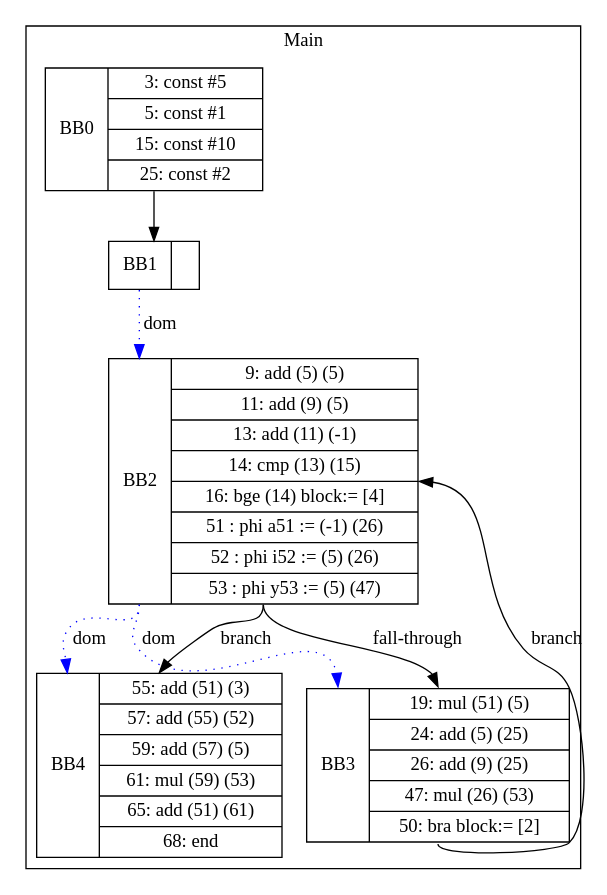
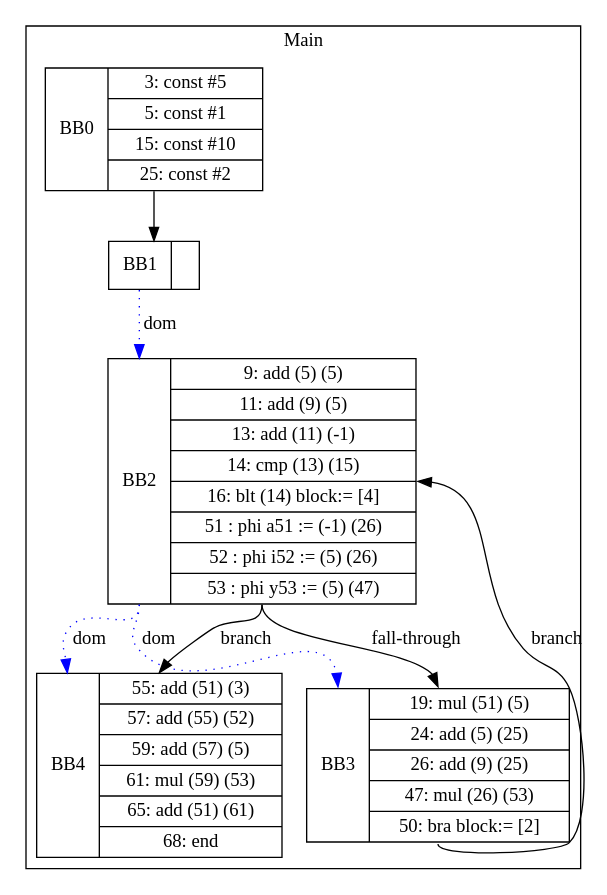
One commit to zjc664656505/UCI-CS241-Advanced-Compiler-main changed the diagram in visualization/Ricky/whileTests/chainedCSEWhileUninitRelations.gv. Above: the diagram before and after it, drawn with Graphviz. The commit also changed 46 other files, not shown here.

```diff
--- a/visualization/Ricky/whileTests/chainedCSEWhileUninitRelations.gv
+++ b/visualization/Ricky/whileTests/chainedCSEWhileUninitRelations.gv
@@ -1,18 +1,18 @@
 digraph G {
 node [shape=record];
 subgraph cluster_main{
 label = "Main";
 BB0 [shape=record, label="<b>BB0|{3: const #5|5: const #1|15: const #10|25: const #2}"];
 BB1 [shape=record, label="<b>BB1|}"];
-BB2 [shape=record, label="<b>BB2|{9: add (5) (5)|11: add (9) (5)|13: add (11) (-1)|14: cmp (13) (15)|16: bge (14) block:= [4]|51 : phi a51 := (-1) (26)|52 : phi i52 := (5) (26)|53 : phi y53 := (5) (47)}"];
+BB2 [shape=record, label="<b>BB2|{9: add (5) (5)|11: add (9) (5)|13: add (11) (-1)|14: cmp (13) (15)|16: blt (14) block:= [4]|51 : phi a51 := (-1) (26)|52 : phi i52 := (5) (26)|53 : phi y53 := (5) (47)}"];
 BB3 [shape=record, label="<b>BB3|{19: mul (51) (5)|24: add (5) (25)|26: add (9) (25)|47: mul (26) (53)|50: bra block:= [2]}"];
 BB4 [shape=record, label="<b>BB4|{55: add (51) (3)|57: add (55) (52)|59: add (57) (5)|61: mul (59) (53)|65: add (51) (61)|68: end}"];
 }
 BB0:s -> BB1:n ;
 BB2:b -> BB3:b [color=blue, style=dotted, label="dom"];
 BB2:b -> BB4:b [color=blue, style=dotted, label="dom"];
 BB1:b -> BB2:b [color=blue, style=dotted, label="dom"];
 BB2:s -> BB4:n [label="branch"];
 BB3:s -> BB2:e [label="branch"];
 BB2:s -> BB3:n [label="fall-through"];
 }
```
